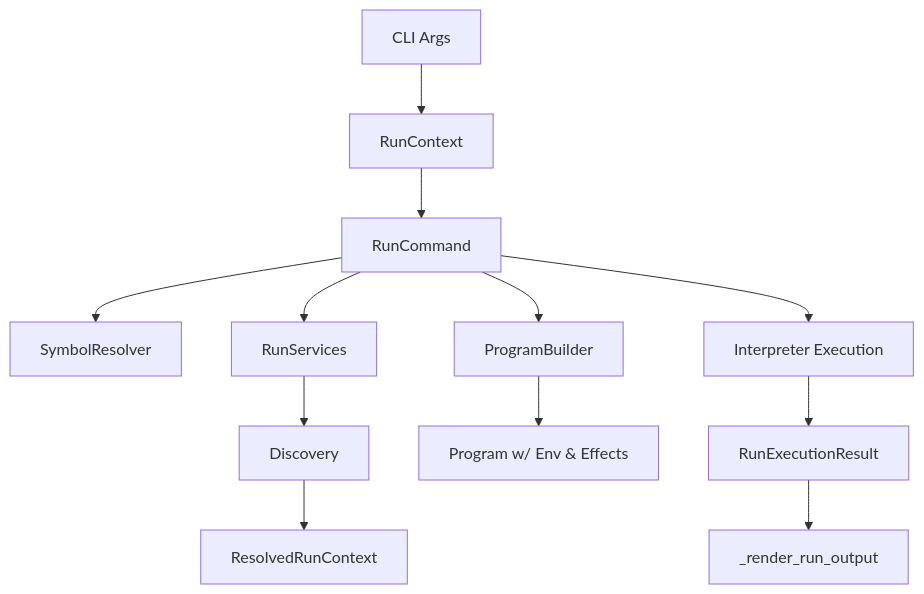
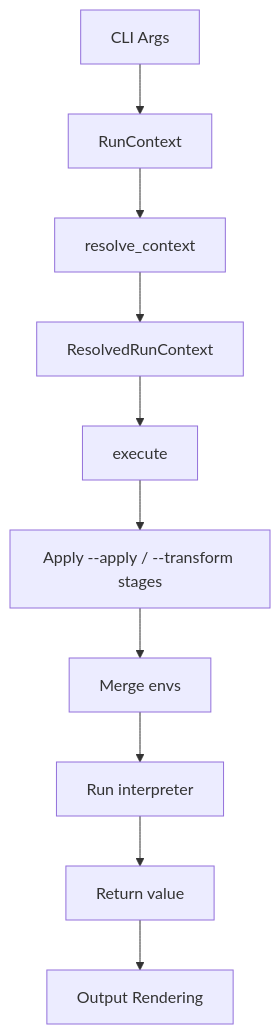
One commit to proboscis/doeff changed the first of 2 diagrams in docs/cli-run-command-architecture.md. Above: the diagram before and after it, drawn with Mermaid. The commit also changed other lines of this file and 38 other files, not shown here.

````diff
--- a/docs/cli-run-command-architecture.md
+++ b/docs/cli-run-command-architecture.md
@@ -27,14 +33,12 @@
 ```mermaid
 flowchart TD
     A[CLI Args] --> B[RunContext]
-    B --> C[RunCommand]
-    C --> D[SymbolResolver]
-    C --> E[RunServices]
-    E --> F[Discovery]
-    C --> G[ProgramBuilder]
-    F --> H[ResolvedRunContext]
-    G --> I[Program w/ Env & Effects]
-    C --> J[Interpreter Execution]
-    J --> K[RunExecutionResult]
-    K --> L[_render_run_output]
+    B --> C[resolve_context]
+    C --> D[ResolvedRunContext]
+    D --> E[execute]
+    E --> F[Apply --apply / --transform stages]
+    F --> G[Merge envs]
+    G --> H[Run interpreter]
+    H --> I[Return value]
+    I --> J[Output Rendering]
 ```
````
